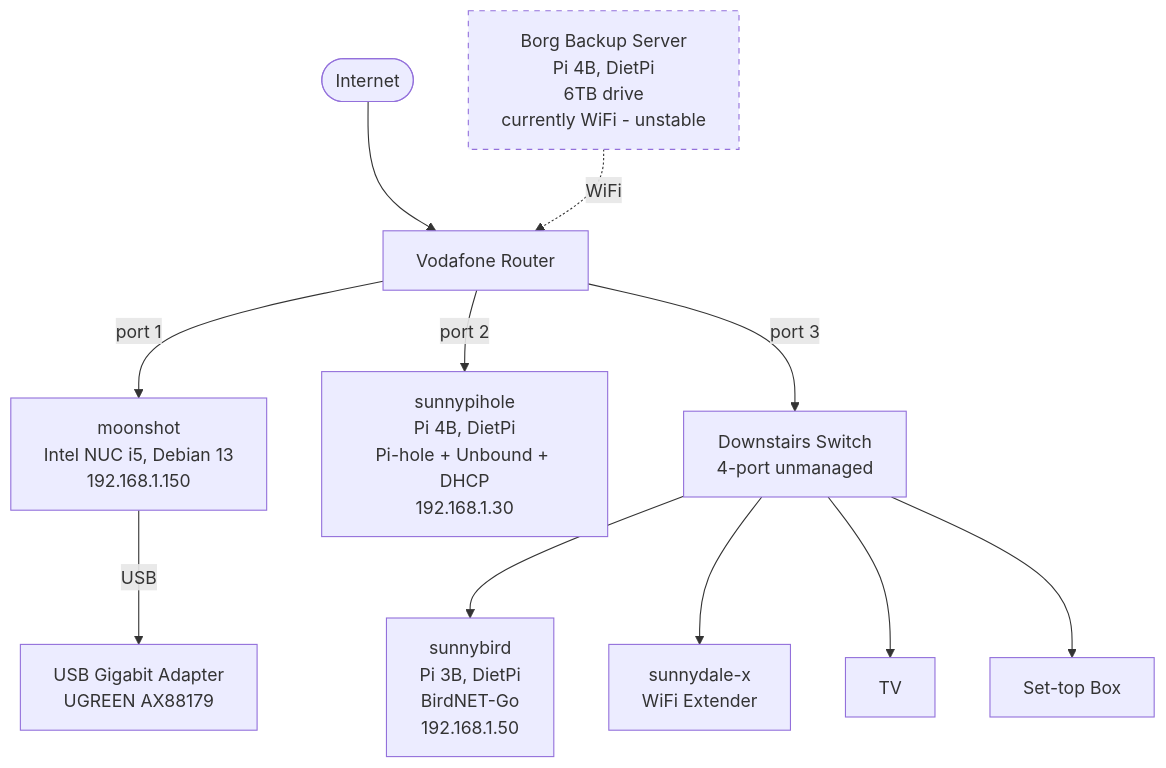
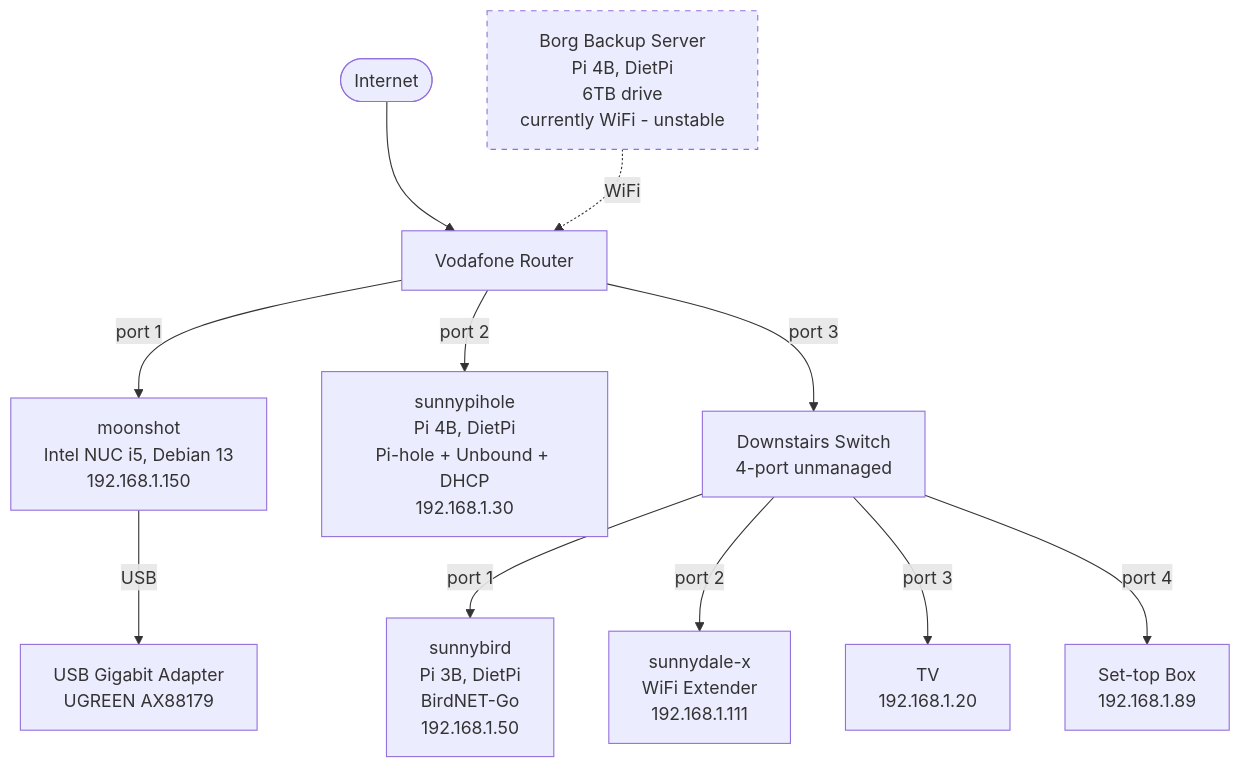
One commit to grange85/sunnydale-config changed the first of 2 diagrams in network/network-map.md. Above: the diagram before and after it, drawn with Mermaid.

````diff
--- a/network/network-map.md
+++ b/network/network-map.md
@@ -14,19 +14,19 @@
 ```mermaid
 graph TD
     INTERNET([Internet]) --> ROUTER[Vodafone Router]
 
     ROUTER -->|port 1| MOONSHOT[moonshot<br/>Intel NUC i5, Debian 13<br/>192.168.1.150]
     ROUTER -->|port 2| PIHOLE[sunnypihole<br/>Pi 4B, DietPi<br/>Pi-hole + Unbound + DHCP<br/>192.168.1.30]
     ROUTER -->|port 3| SWITCH1[Downstairs Switch<br/>4-port unmanaged]
 
-    SWITCH1 --> BIRD[sunnybird<br/>Pi 3B, DietPi<br/>BirdNET-Go<br/>192.168.1.50]
-    SWITCH1 --> EXT[sunnydale-x<br/>WiFi Extender]
-    SWITCH1 --> TV[TV]
-    SWITCH1 --> STB[Set-top Box]
+    SWITCH1 --> |port 1| BIRD[sunnybird<br/>Pi 3B, DietPi<br/>BirdNET-Go<br/>192.168.1.50]
+    SWITCH1 --> |port 2| EXT[sunnydale-x<br/>WiFi Extender<br/>192.168.1.111]
+    SWITCH1 --> |port 3| TV[TV<br/>192.168.1.20]
+    SWITCH1 --> |port 4| STB[Set-top Box<br/>192.168.1.89]
 
     BORG[Borg Backup Server<br/>Pi 4B, DietPi<br/>6TB drive<br/>currently WiFi - unstable] -.WiFi.-> ROUTER
 
     MOONSHOT -->|USB| NIC[USB Gigabit Adapter<br/>UGREEN AX88179]
 
     style BORG stroke-dasharray: 5 5
 ```
````
